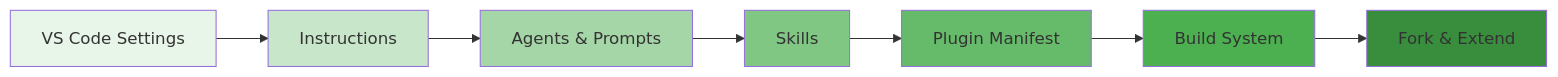
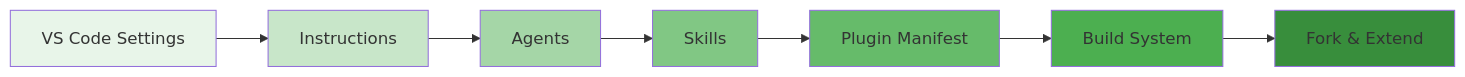
The diagram in docs/customization/README.md (microsoft/hve-core), drawn with Mermaid before and after one commit. The commit also changed other lines of this file and 136 other files, not shown here.

````diff
--- a/docs/customization/README.md
+++ b/docs/customization/README.md
@@ -43,19 +47,19 @@
 ```mermaid
 graph LR
   accTitle: HVE Core Customization Depth Spectrum
-  accDescr: Customization progresses from VS Code settings through instructions, agents and prompts, skills, the plugin manifest, build-system changes, and a full fork as complexity increases.
+  accDescr: Customization progresses from VS Code settings through instructions, agents, skills, the plugin manifest, build-system changes, and a full fork as complexity increases.
     A["VS Code Settings"] --> B["Instructions"]
-    B --> C["Agents & Prompts"]
+    B --> C["Agents"]
     C --> D["Skills"]
     D --> E["Plugin Manifest"]
     E --> F["Build System"]
     F --> G["Fork & Extend"]
 
     style A fill:#e8f5e9
     style B fill:#c8e6c9
     style C fill:#a5d6a7
     style D fill:#81c784
     style E fill:#66bb6a
     style F fill:#4caf50
     style G fill:#388e3c
 ```
````
